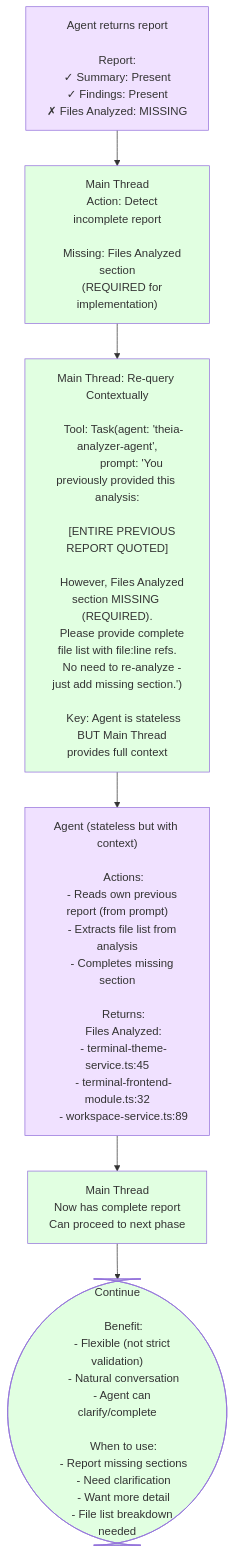
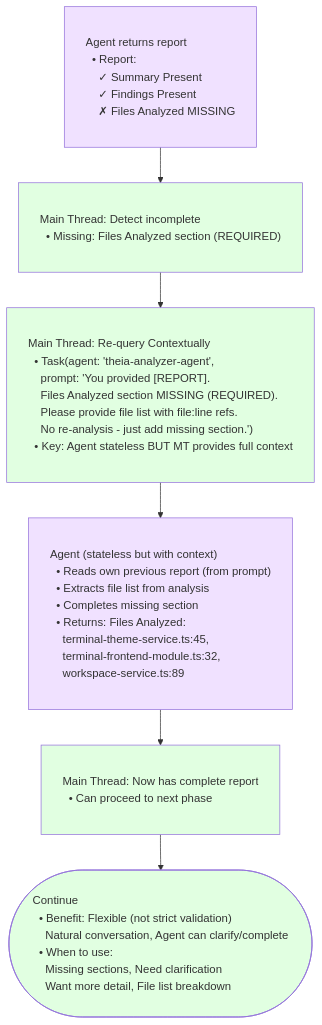
One commit to QUUS-TheSmallCodeTeam/theia-fork changed diagram 21 of 31 in AGENT_SWARM_FLOW_VISUAL.md. Above: the diagram before and after it, drawn with Mermaid. The commit also changed other lines of this file, not shown here.

First line of the commit message:
feat: redesign all mermaid diagrams with vertical flow and left-aligned text

````diff
--- a/AGENT_SWARM_FLOW_VISUAL.md
+++ b/AGENT_SWARM_FLOW_VISUAL.md
@@ -2078,66 +1738,48 @@
 ```mermaid
 flowchart TD
+    classDef wideBox padding:12px 20px,text-align:left,white-space:pre;
+    classDef wideDecision padding:12px 20px,text-align:left,white-space:pre;
+
     Agent1["Agent returns report
+  • Report:
+    ✓ Summary Present
+    ✓ Findings Present
+    ✗ Files Analyzed MISSING"]:::wideBox
 
-    Report:
-    ✓ Summary: Present
-    ✓ Findings: Present
-    ✗ Files Analyzed: MISSING"]
-
-    --> MT1["Main Thread
-    Action: Detect incomplete report
-
-    Missing: Files Analyzed section
-    (REQUIRED for implementation)"]
+    --> MT1["Main Thread: Detect incomplete
+  • Missing: Files Analyzed section (REQUIRED)"]:::wideBox
 
     --> Requery["Main Thread: Re-query Contextually
-
-    Tool: Task(agent: 'theia-analyzer-agent',
-          prompt: 'You previously provided this analysis:
-
-    [ENTIRE PREVIOUS REPORT QUOTED]
-
-    However, Files Analyzed section MISSING (REQUIRED).
-    Please provide complete file list with file:line refs.
-    No need to re-analyze - just add missing section.')
-
-    Key: Agent is stateless
-    BUT Main Thread provides full context"]
+  • Task(agent: 'theia-analyzer-agent',
+    prompt: 'You provided [REPORT].
+    Files Analyzed section MISSING (REQUIRED).
+    Please provide file list with file:line refs.
+    No re-analysis - just add missing section.')
+  • Key: Agent stateless BUT MT provides full context"]:::wideBox
 
     --> Agent2["Agent (stateless but with context)
+  • Reads own previous report (from prompt)
+  • Extracts file list from analysis
+  • Completes missing section
+  • Returns: Files Analyzed:
+    terminal-theme-service.ts:45,
+    terminal-frontend-module.ts:32,
+    workspace-service.ts:89"]:::wideBox
 
-    Actions:
-    - Reads own previous report (from prompt)
-    - Extracts file list from analysis
-    - Completes missing section
-
-    Returns:
-    Files Analyzed:
-    - terminal-theme-service.ts:45
-    - terminal-frontend-module.ts:32
-    - workspace-service.ts:89"]
-
-    --> MT2["Main Thread
-    Now has complete report
-    Can proceed to next phase"]
+    --> MT2["Main Thread: Now has complete report
+  • Can proceed to next phase"]:::wideBox
 
     --> End(["Continue
-
-    Benefit:
-    - Flexible (not strict validation)
-    - Natural conversation
-    - Agent can clarify/complete
-
-    When to use:
-    - Report missing sections
-    - Need clarification
-    - Want more detail
-    - File list breakdown needed"])
+  • Benefit: Flexible (not strict validation)
+    Natural conversation, Agent can clarify/complete
+  • When to use:
+    Missing sections, Need clarification
+    Want more detail, File list breakdown"]):::wideBox
 
     style Agent1 fill:#f0e1ff
     style MT1 fill:#e1ffe1
     style Requery fill:#e1ffe1
     style Agent2 fill:#f0e1ff
     style MT2 fill:#e1ffe1
     style End fill:#e1ffe1
 ```
````
